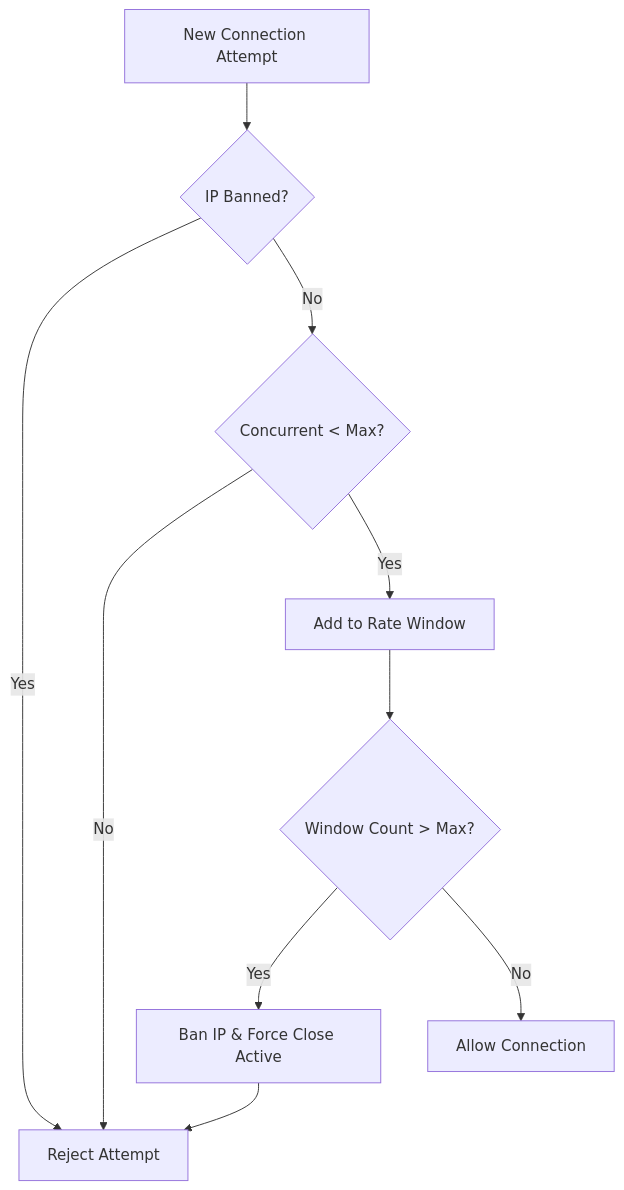
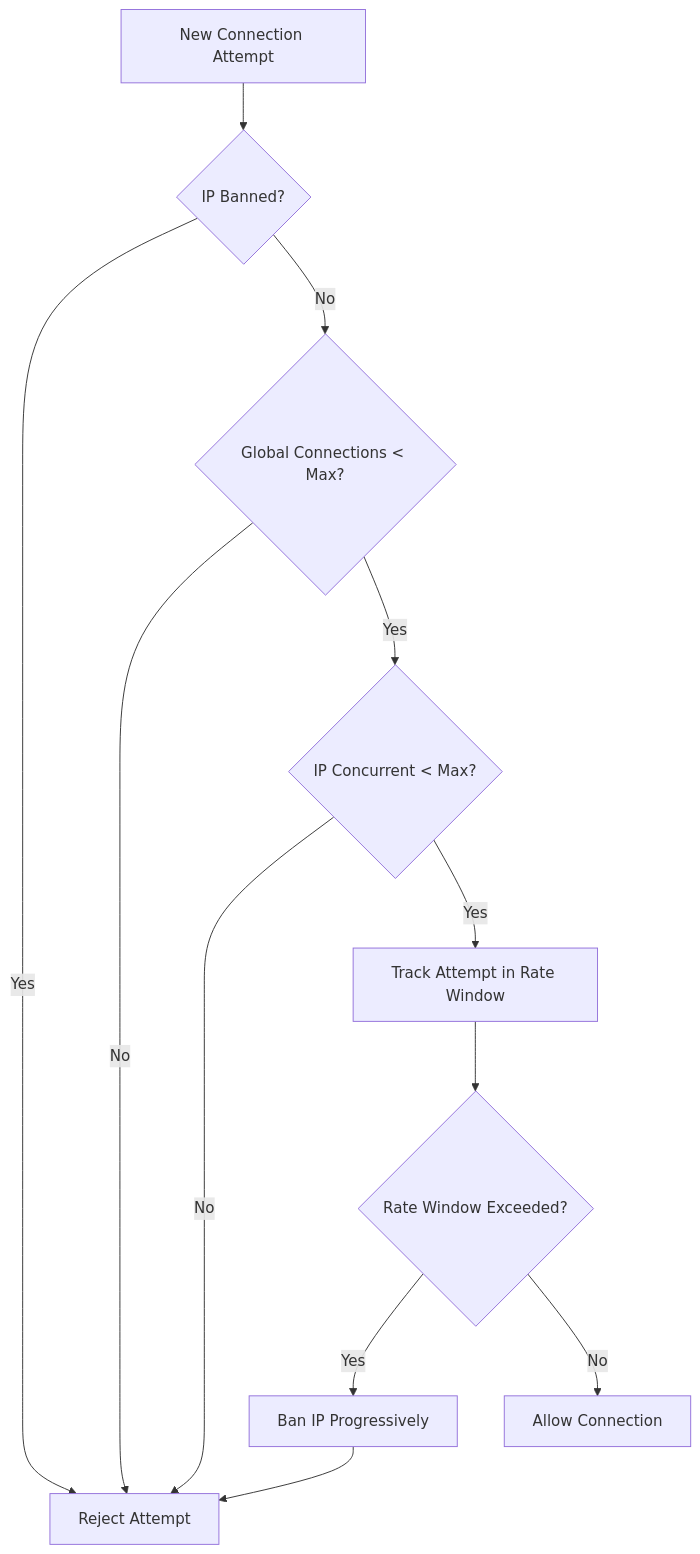
Before and after one commit to ppn-systems/Nalix: the diagram in docs/api/network/connection/connection-limiter.md, drawn with Mermaid. The commit also changed other lines of this file and 59 other files, not shown here.

````diff
--- a/docs/api/network/connection/connection-limiter.md
+++ b/docs/api/network/connection/connection-limiter.md
@@ -22,17 +24,18 @@
 ```mermaid
 flowchart TD
     Start[New Connection Attempt] --> Banned{IP Banned?}
     
     Banned -->|Yes| Reject[Reject Attempt]
-    Banned -->|No| PerIpLimit{Concurrent < Max?}
+    Banned -->|No| GlobalLimitCheck{Global Connections < Max?}
+    
+    GlobalLimitCheck -->|No| Reject
+    GlobalLimitCheck -->|Yes| PerIpLimit{IP Concurrent < Max?}
     
     PerIpLimit -->|No| Reject
-    PerIpLimit -->|Yes| SlidingWindow[Add to Rate Window]
+    PerIpLimit -->|Yes| SlidingWindow[Track Attempt in Rate Window]
     
-    SlidingWindow --> RateLimit{Window Count > Max?}
+    SlidingWindow --> RateLimit{Rate Window Exceeded?}
     
-    RateLimit -->|Yes| TriggerBan[Ban IP & Force Close Active]
+    RateLimit -->|Yes| TriggerBan[Ban IP Progressively] --> Reject
     RateLimit -->|No| Allow[Allow Connection]
-    
-    TriggerBan --> Reject
 ```
````
